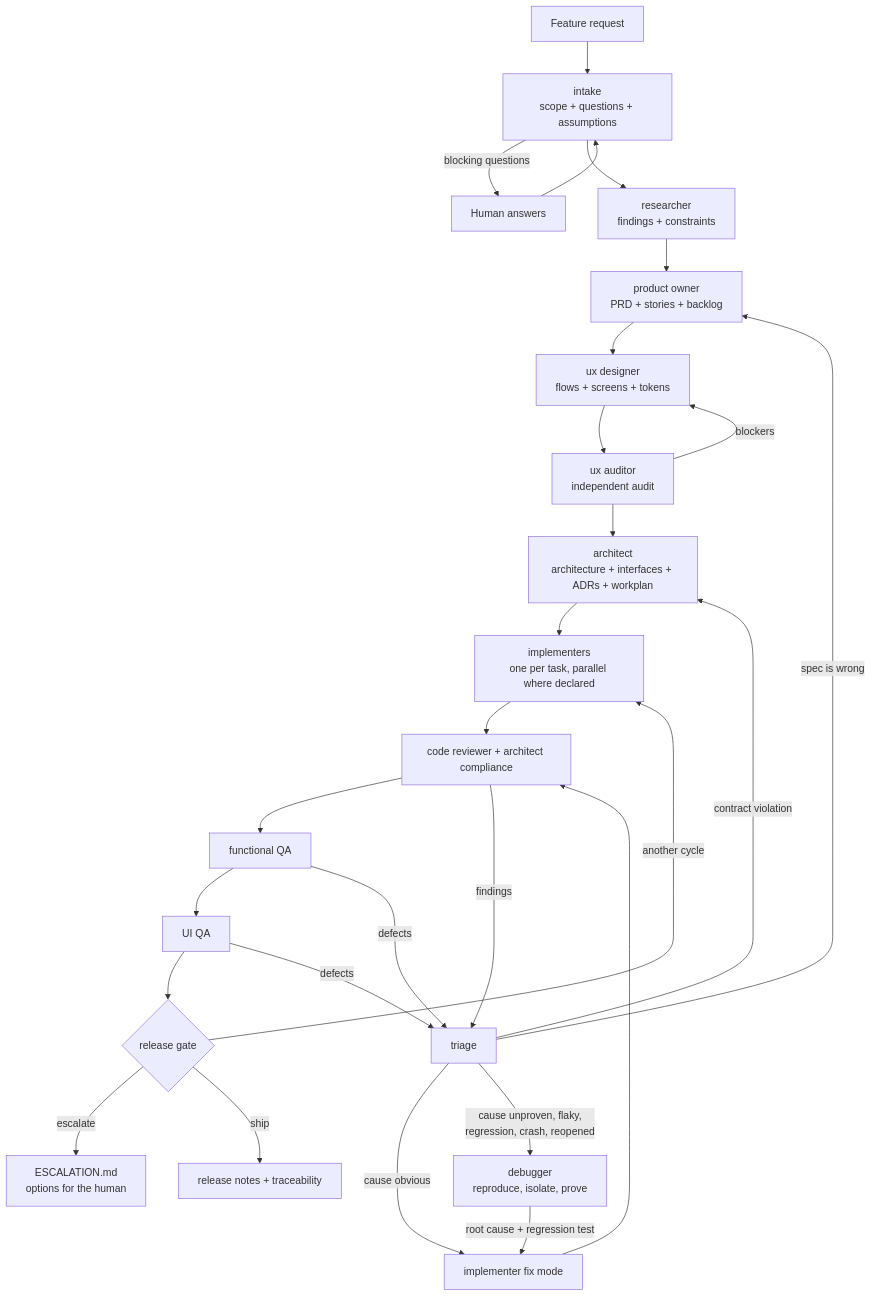
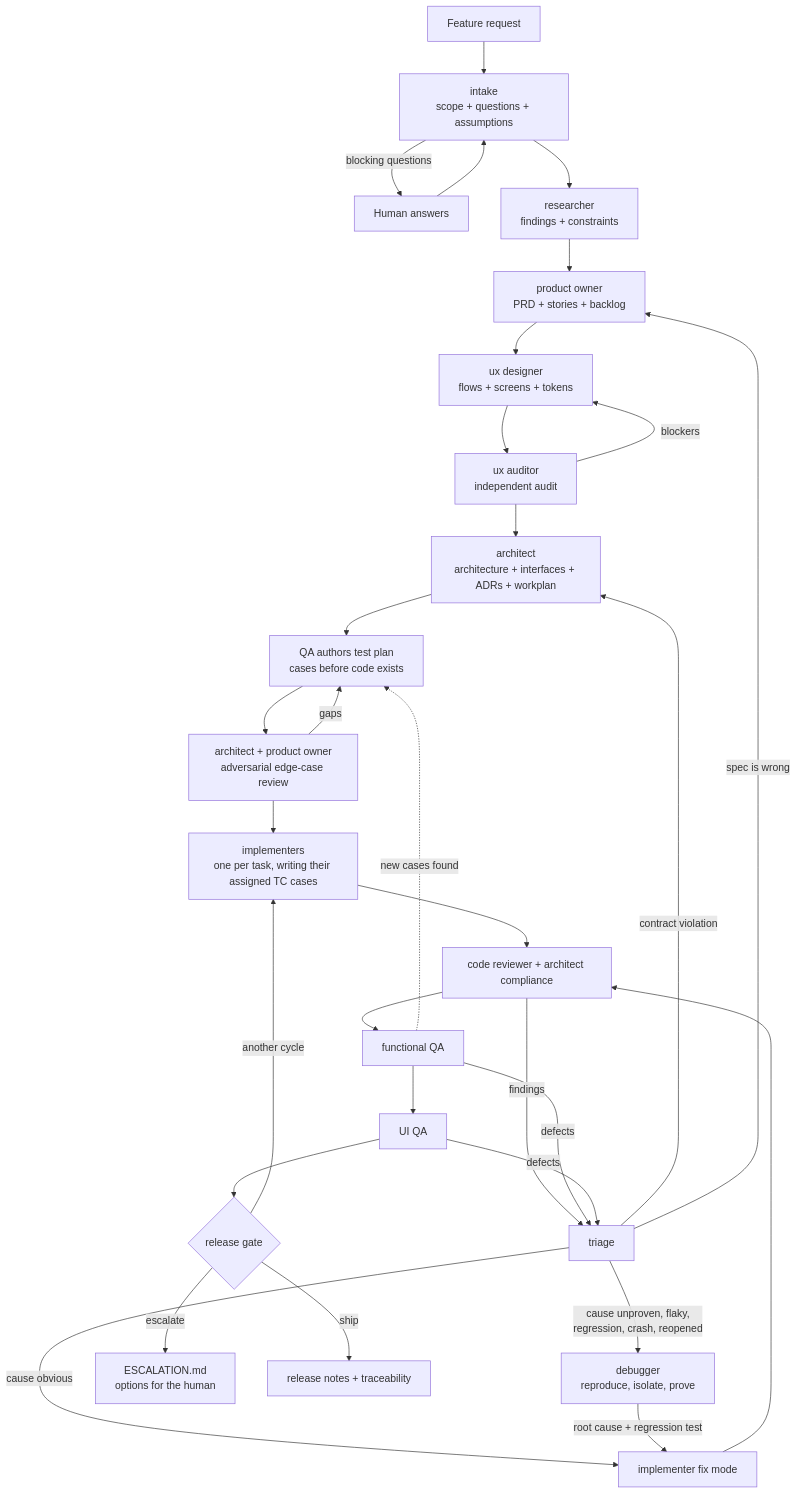
One commit to DevLab-Technologies/claude-sdlc changed the diagram in docs/sdlc/README.md. Above: the diagram before and after it, drawn with Mermaid. The commit also changed other lines of this file and 15 other files, not shown here.

````diff
--- a/docs/sdlc/README.md
+++ b/docs/sdlc/README.md
@@ -5,29 +5,33 @@
 ```mermaid
 flowchart TD
     REQ[Feature request] --> IN[intake<br/>scope + questions + assumptions]
     IN -->|blocking questions| HUMAN[Human answers]
     HUMAN --> IN
     IN --> RES[researcher<br/>findings + constraints]
     RES --> PO[product owner<br/>PRD + stories + backlog]
     PO --> UX[ux designer<br/>flows + screens + tokens]
     UX --> AUD[ux auditor<br/>independent audit]
     AUD -->|blockers| UX
     AUD --> ARCH[architect<br/>architecture + interfaces + ADRs + workplan]
-    ARCH --> IMPL[implementers<br/>one per task, parallel where declared]
+    ARCH --> TP[QA authors test plan<br/>cases before code exists]
+    TP --> TPR[architect + product owner<br/>adversarial edge-case review]
+    TPR -->|gaps| TP
+    TPR --> IMPL[implementers<br/>one per task, writing their assigned TC cases]
     IMPL --> REV[code reviewer + architect compliance]
     REV --> QA[functional QA]
     QA --> UIQA[UI QA]
+    QA -.->|new cases found| TP
     UIQA --> GATE{release gate}
     REV -->|findings| TRI[triage]
     QA -->|defects| TRI
     UIQA -->|defects| TRI
     TRI -->|cause obvious| FIX[implementer fix mode]
     TRI -->|cause unproven, flaky,<br/>regression, crash, reopened| DBG[debugger<br/>reproduce, isolate, prove]
     TRI -->|contract violation| ARCH
     TRI -->|spec is wrong| PO
     DBG -->|root cause + regression test| FIX
     FIX --> REV
     GATE -->|another cycle| IMPL
     GATE -->|escalate| ESC[ESCALATION.md<br/>options for the human]
     GATE -->|ship| DONE[release notes + traceability]
 ```
````
